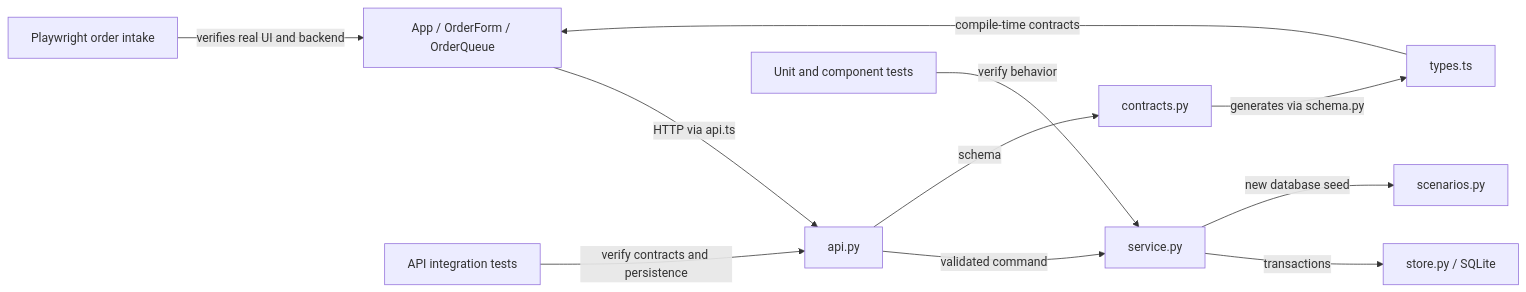
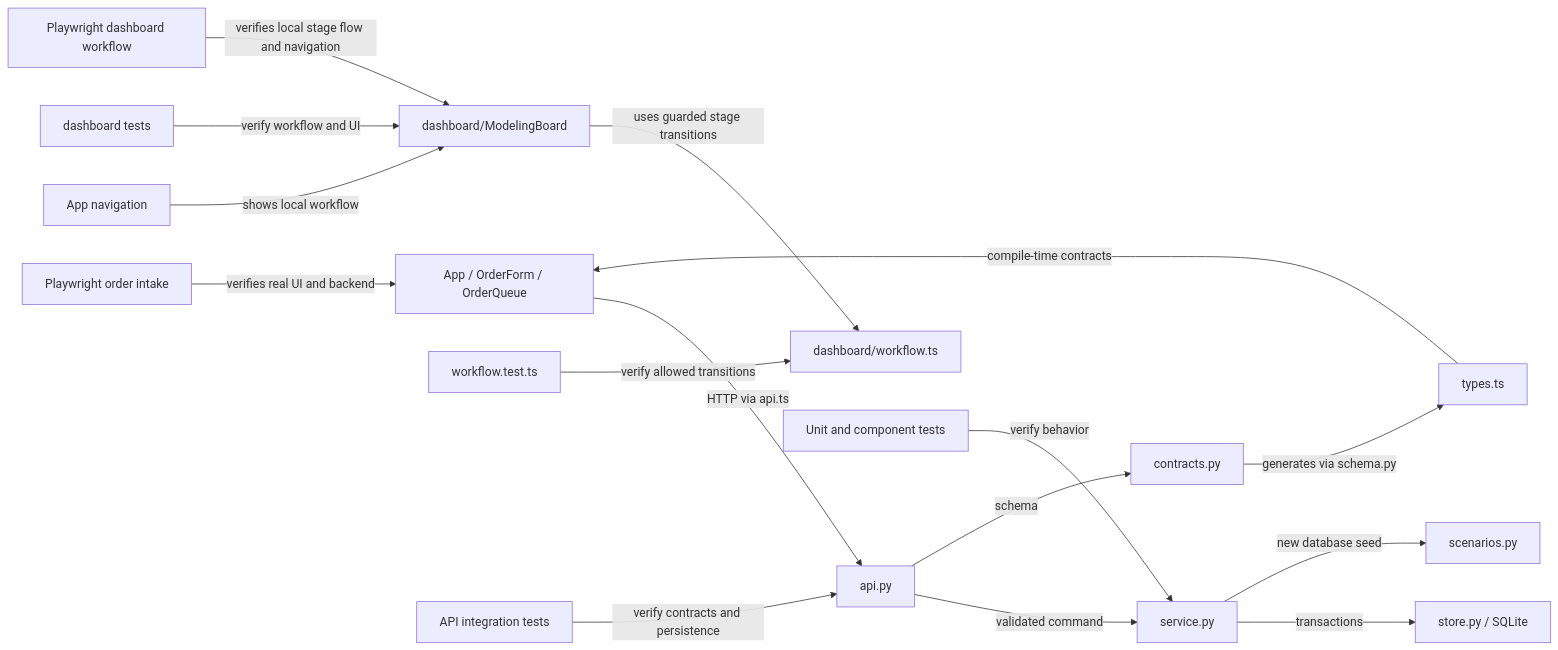
Before and after one commit to DuztyMusketear/Print_Assist: the diagram in docs/code-map.md, drawn with Mermaid. The commit also changed other lines of this file and 13 other files, not shown here.

Commit message:
Add modeling workflow dashboard

````diff
--- a/docs/code-map.md
+++ b/docs/code-map.md
@@ -7,13 +7,18 @@
 ```mermaid
 graph LR
   UI["App / OrderForm / OrderQueue"] -->|HTTP via api.ts| API["api.py"]
+  APP["App navigation"] -->|shows local workflow| DASH["dashboard/ModelingBoard"]
+  DASH -->|uses guarded stage transitions| FLOW["dashboard/workflow.ts"]
+  DASHTEST["dashboard tests"] -->|verify workflow and UI| DASH
+  FLOWTEST["workflow.test.ts"] -->|verify allowed transitions| FLOW
   API -->|validated command| SERVICE["service.py"]
   API -->|schema| CONTRACTS["contracts.py"]
   CONTRACTS -->|generates via schema.py| TYPES["types.ts"]
   TYPES -->|compile-time contracts| UI
   SERVICE -->|transactions| STORE["store.py / SQLite"]
   SERVICE -->|new database seed| SEED["scenarios.py"]
   UNIT["Unit and component tests"] -->|verify behavior| SERVICE
   INTEGRATION["API integration tests"] -->|verify contracts and persistence| API
   BROWSER["Playwright order intake"] -->|verifies real UI and backend| UI
+  DASHBROWSER["Playwright dashboard workflow"] -->|verifies local stage flow and navigation| DASH
 ```
````
